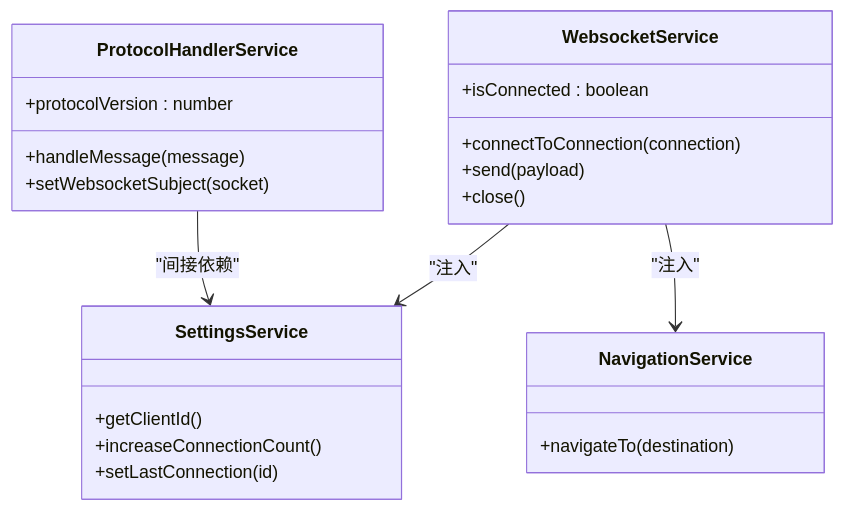
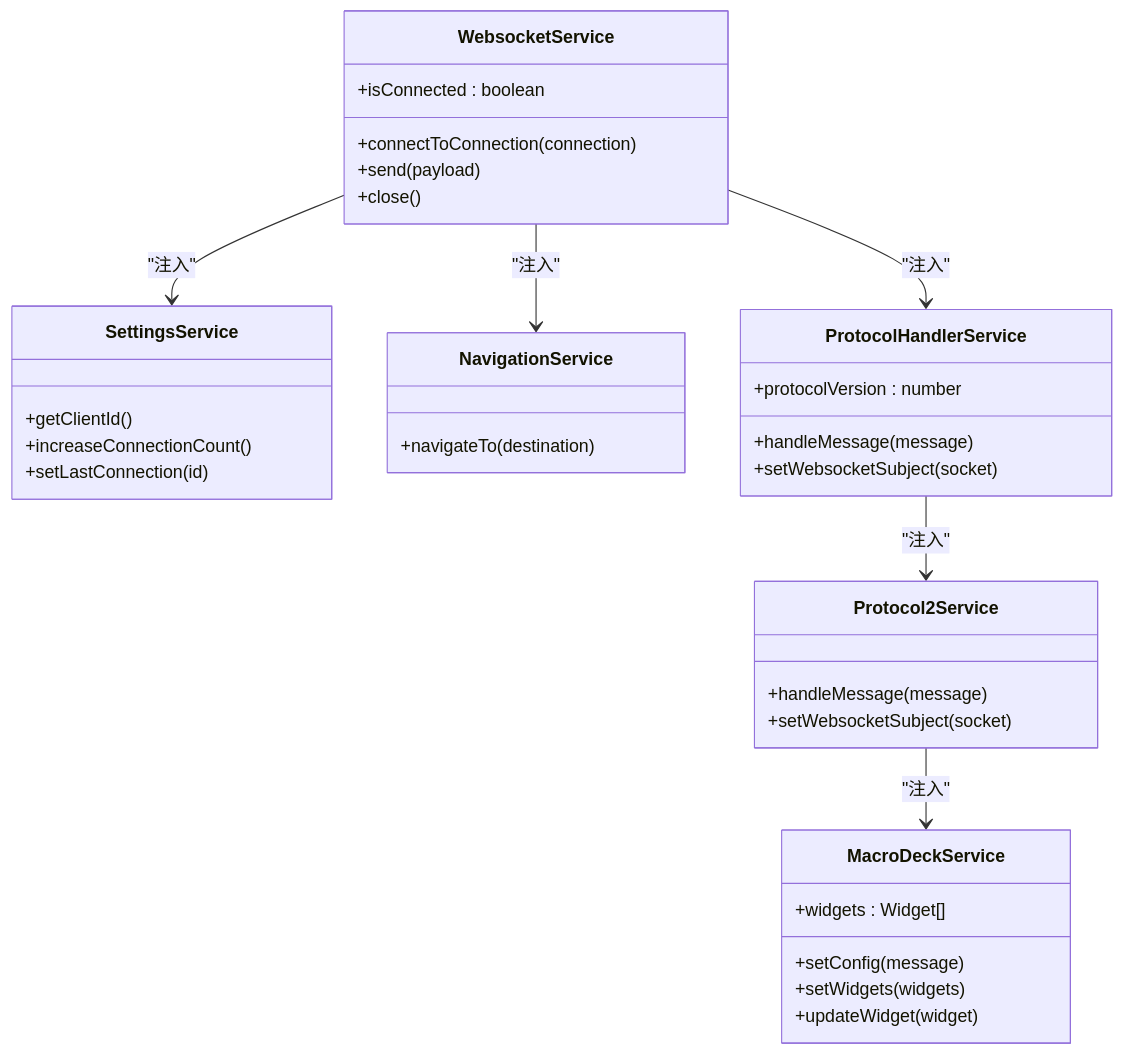
The third of 6 diagrams in .qoder/repowiki/zh/content/架构设计/设计模式应用/依赖注入模式.md (dingxyang/Macro-Deck-Client-App), drawn with Mermaid before and after one commit. The commit also changed other lines of this file and 47 other files, not shown here.

First line of the commit message:
refactor(docs): 重构 Macro Deck 客户端文档模块结构

````diff
--- a/.qoder/repowiki/zh/content/架构设计/设计模式应用/依赖注入模式.md
+++ b/.qoder/repowiki/zh/content/架构设计/设计模式应用/依赖注入模式.md
@@ -143,25 +161,37 @@
 ```mermaid
 classDiagram
 class WebsocketService {
 +isConnected : boolean
 +connectToConnection(connection)
 +send(payload)
 +close()
 }
 class SettingsService {
 +getClientId()
 +increaseConnectionCount()
 +setLastConnection(id)
 }
 class NavigationService {
 +navigateTo(destination)
 }
 class ProtocolHandlerService {
 +protocolVersion : number
 +handleMessage(message)
 +setWebsocketSubject(socket)
 }
+class Protocol2Service {
++handleMessage(message)
++setWebsocketSubject(socket)
+}
+class MacroDeckService {
++widgets : Widget[]
++setConfig(message)
++setWidgets(widgets)
++updateWidget(widget)
+}
 WebsocketService --> SettingsService : "注入"
 WebsocketService --> NavigationService : "注入"
-ProtocolHandlerService --> SettingsService : "间接依赖"
+WebsocketService --> ProtocolHandlerService : "注入"
+ProtocolHandlerService --> Protocol2Service : "注入"
+Protocol2Service --> MacroDeckService : "注入"
 ```
````
